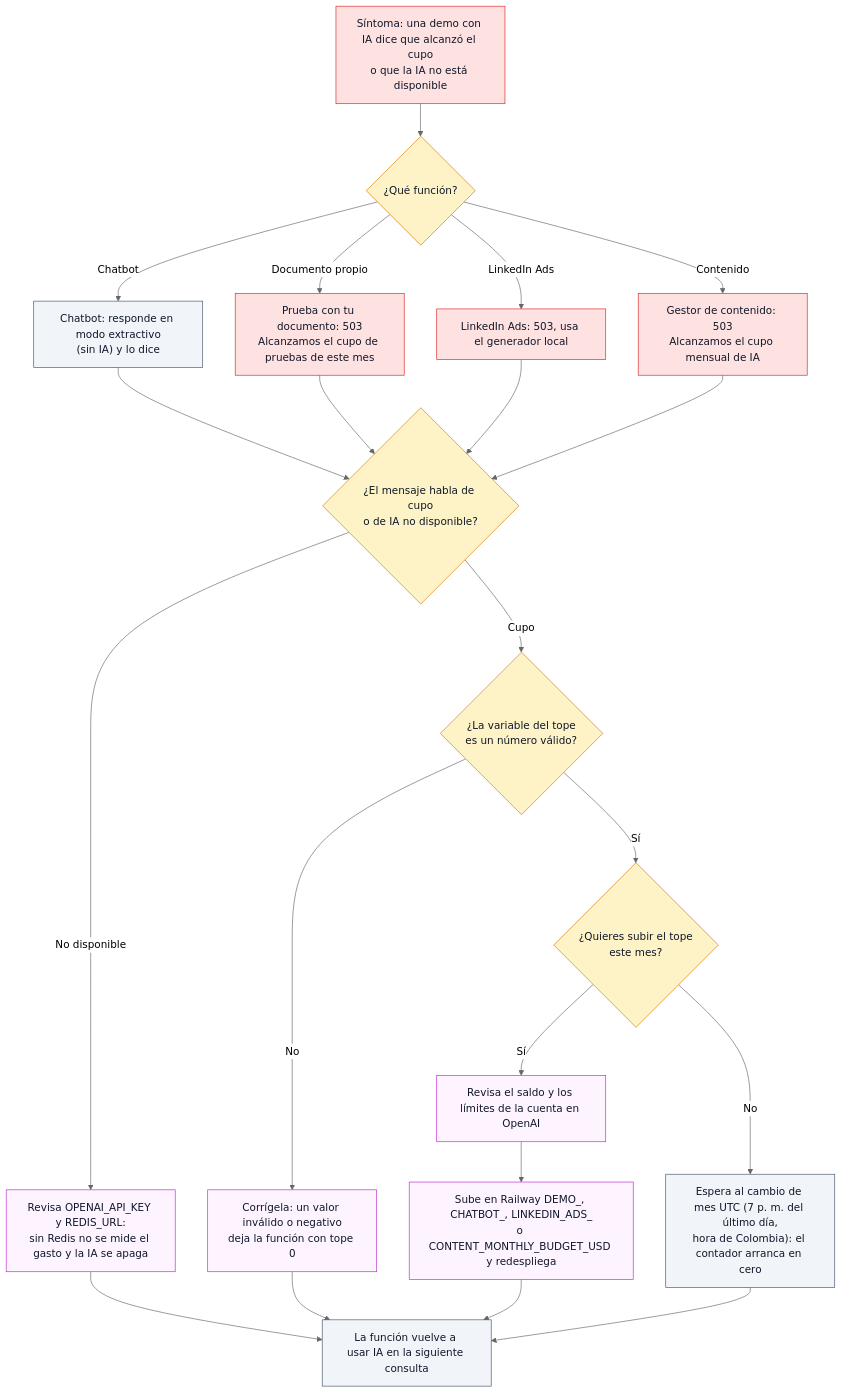
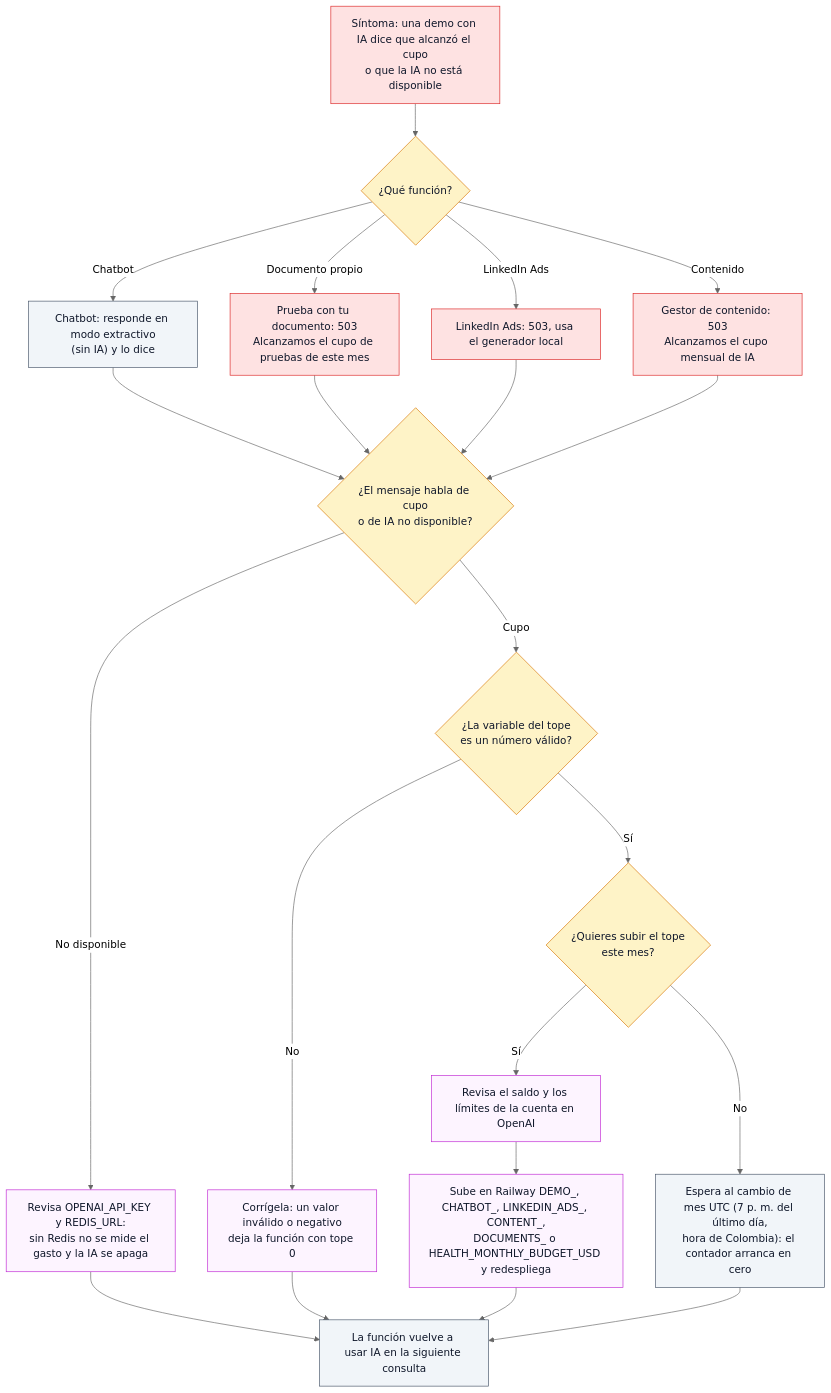
Before and after one commit to ronalc90/koptup: diagram 21 of 23 in docs/wiki/Doc-14-2-Flujos-de-Administracion-y-Operacion.md, drawn with Mermaid (neutral theme). The commit also changed 116 other files, not shown here.

````diff
--- a/docs/wiki/Doc-14-2-Flujos-de-Administracion-y-Operacion.md
+++ b/docs/wiki/Doc-14-2-Flujos-de-Administracion-y-Operacion.md
@@ -1105,38 +1105,38 @@
 ```mermaid
 flowchart TD
     classDef visitante fill:#dbeafe,stroke:#2563eb,color:#0f172a
     classDef sistema fill:#f1f5f9,stroke:#475569,color:#0f172a
     classDef admin fill:#f3e8ff,stroke:#9333ea,color:#0f172a
     classDef aviso fill:#dcfce7,stroke:#16a34a,color:#0f172a
     classDef decision fill:#fef3c7,stroke:#d97706,color:#0f172a
     classDef error fill:#fee2e2,stroke:#dc2626,color:#0f172a
     classDef externo fill:#fdf4ff,stroke:#c026d3,color:#0f172a
 
     I0["Síntoma: una demo con IA dice que alcanzó el cupo<br/>o que la IA no está disponible"]:::error
     D1{"¿Qué función?"}:::decision
     I1["Chatbot: responde en modo extractivo<br/>(sin IA) y lo dice"]:::sistema
     I2["Prueba con tu documento: 503<br/>Alcanzamos el cupo de pruebas de este mes"]:::error
     I3["LinkedIn Ads: 503, usa el generador local"]:::error
     I4["Gestor de contenido: 503<br/>Alcanzamos el cupo mensual de IA"]:::error
     D2{"¿El mensaje habla de cupo<br/>o de IA no disponible?"}:::decision
     N1["Revisa OPENAI_API_KEY y REDIS_URL:<br/>sin Redis no se mide el gasto y la IA se apaga"]:::externo
     D3{"¿La variable del tope<br/>es un número válido?"}:::decision
     N2["Corrígela: un valor inválido o negativo<br/>deja la función con tope 0"]:::externo
     D4{"¿Quieres subir el tope<br/>este mes?"}:::decision
     U1["Revisa el saldo y los límites de la cuenta en OpenAI"]:::externo
-    U2["Sube en Railway DEMO_, CHATBOT_, LINKEDIN_ADS_<br/>o CONTENT_MONTHLY_BUDGET_USD y redespliega"]:::externo
+    U2["Sube en Railway DEMO_, CHATBOT_, LINKEDIN_ADS_, CONTENT_,<br/>DOCUMENTS_ o HEALTH_MONTHLY_BUDGET_USD y redespliega"]:::externo
     U3["Espera al cambio de mes UTC (7 p. m. del último día,<br/>hora de Colombia): el contador arranca en cero"]:::sistema
     U4["La función vuelve a usar IA en la siguiente consulta"]:::sistema
 
     I0 --> D1
     D1 -->|"Chatbot"| I1 --> D2
     D1 -->|"Documento propio"| I2 --> D2
     D1 -->|"LinkedIn Ads"| I3 --> D2
     D1 -->|"Contenido"| I4 --> D2
     D2 -->|"No disponible"| N1 --> U4
     D2 -->|"Cupo"| D3
     D3 -->|"No"| N2 --> U4
     D3 -->|"Sí"| D4
     D4 -->|"Sí"| U1 --> U2 --> U4
     D4 -->|"No"| U3 --> U4
 ```
````
